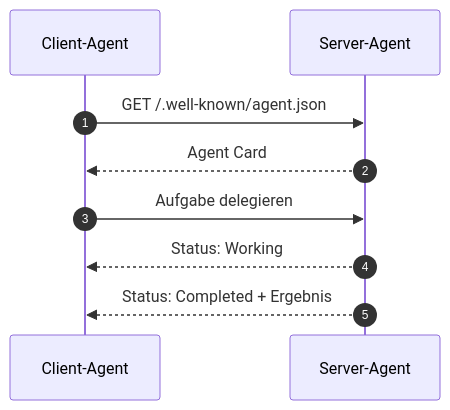
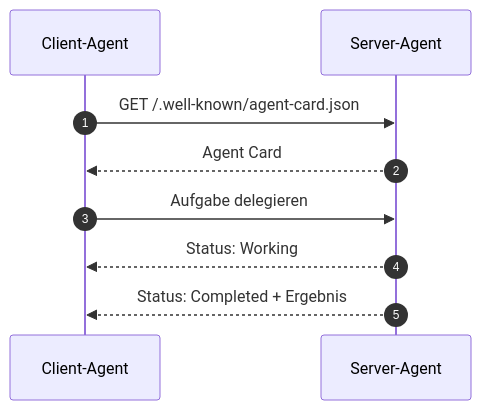
The third of 9 diagrams in docs/06-multi-agent-erweiterungen/agenten-kommunikationsprotokolle.md (ralf-42/Agenten), drawn with Mermaid before and after one commit. The commit also changed other lines of this file and 1 other file, not shown here.

````diff
--- a/docs/06-multi-agent-erweiterungen/agenten-kommunikationsprotokolle.md
+++ b/docs/06-multi-agent-erweiterungen/agenten-kommunikationsprotokolle.md
@@ -171,12 +171,12 @@
 ```mermaid
 sequenceDiagram
     autonumber
     participant C as Client-Agent
     participant S as Server-Agent
 
-    C->>S: GET /.well-known/agent.json
+    C->>S: GET /.well-known/agent-card.json
     S-->>C: Agent Card
     C->>S: Aufgabe delegieren
     S-->>C: Status: Working
     S-->>C: Status: Completed + Ergebnis
 ```
````
